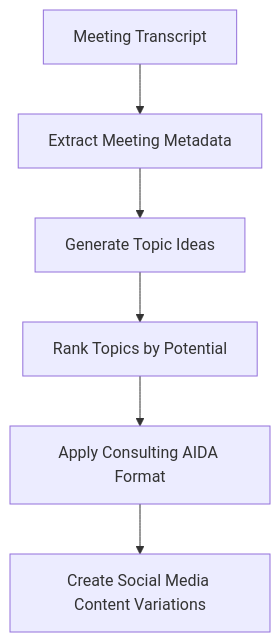
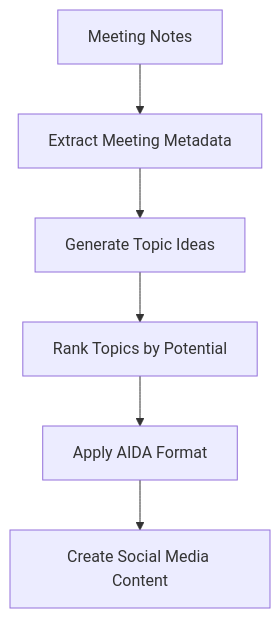
One commit to cmagganas/notegold changed the diagram in README.md. Above: the diagram before and after it, drawn with Mermaid. The commit also changed other lines of this file and 24 other files, not shown here.

First line of the commit message:
fix: correct directory structure and execution flow git commit -m fix: correct directory structure and execution flow

````diff
--- a/README.md
+++ b/README.md
@@ -9,8 +9,8 @@
 ```mermaid
 graph TD
-    A[Meeting Transcript] --> B[Extract Meeting Metadata]
+    A[Meeting Notes] --> B[Extract Meeting Metadata]
     B --> C[Generate Topic Ideas]
     C --> D[Rank Topics by Potential]
-    D --> E[Apply Consulting AIDA Format]
-    E --> F[Create Social Media Content Variations]
+    D --> E[Apply AIDA Format]
+    E --> F[Create Social Media Content]
 ```
````
